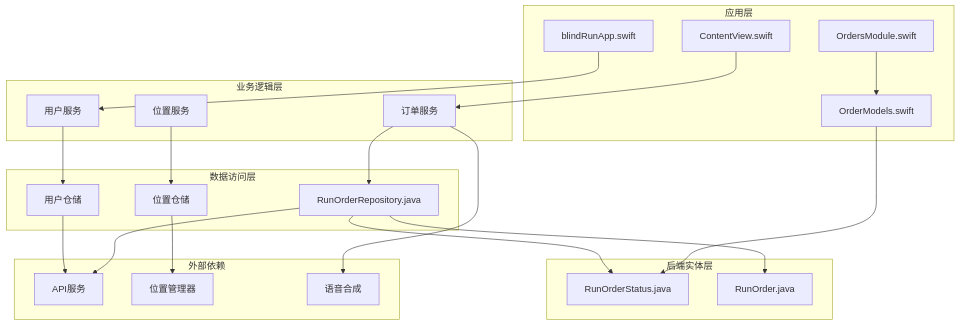
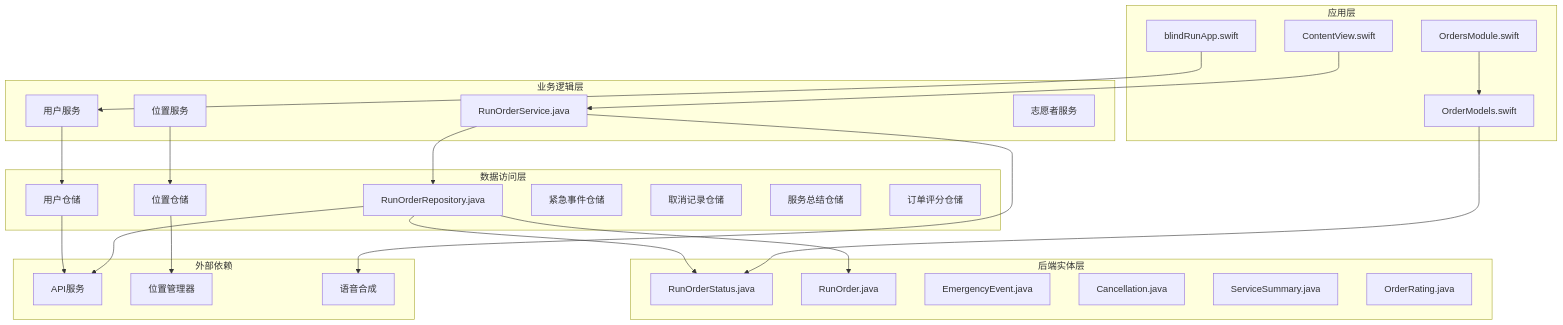
One commit to Jayden23018/blind-run-ios changed diagram 11 of 12 in .qoder/repowiki/zh/content/核心功能模块/订单生命周期管理.md. Above: the diagram before and after it, drawn with Mermaid. The commit also changed other lines of this file and 8 other files, not shown here.

````diff
--- a/.qoder/repowiki/zh/content/核心功能模块/订单生命周期管理.md
+++ b/.qoder/repowiki/zh/content/核心功能模块/订单生命周期管理.md
@@ -499,41 +526,50 @@
 ```mermaid
 graph TB
 subgraph "应用层"
 ContentView[ContentView.swift]
 blindRunApp[blindRunApp.swift]
 OrderModels[OrderModels.swift]
 OrdersModule[OrdersModule.swift]
 end
 subgraph "业务逻辑层"
-OrderService[订单服务]
+OrderService[RunOrderService.java]
 UserService[用户服务]
 LocationService[位置服务]
+VolunteerService[志愿者服务]
 end
 subgraph "数据访问层"
 OrderRepository[RunOrderRepository.java]
 UserRepository[用户仓储]
 LocationRepository[位置仓储]
+EmergencyRepository[紧急事件仓储]
+CancellationRepository[取消记录仓储]
+ServiceSummaryRepository[服务总结仓储]
+OrderRatingRepository[订单评分仓储]
 end
 subgraph "后端实体层"
 OrderStatusEnum[RunOrderStatus.java]
 OrderEntity[RunOrder.java]
+EmergencyEvent[EmergencyEvent.java]
+Cancellation[Cancellation.java]
+ServiceSummary[ServiceSummary.java]
+OrderRating[OrderRating.java]
 end
 subgraph "外部依赖"
 APIService[API服务]
 LocationManager[位置管理器]
 SpeechSynthesizer[语音合成]
 end
 ContentView --> OrderService
 blindRunApp --> UserService
 OrderModels --> OrderStatusEnum
 OrdersModule --> OrderModels
 OrderService --> OrderRepository
 UserService --> UserRepository
 LocationService --> LocationRepository
 OrderRepository --> OrderStatusEnum
 OrderRepository --> OrderEntity
 OrderRepository --> APIService
 UserRepository --> APIService
 LocationRepository --> LocationManager
 OrderService --> SpeechSynthesizer
 ```
````
